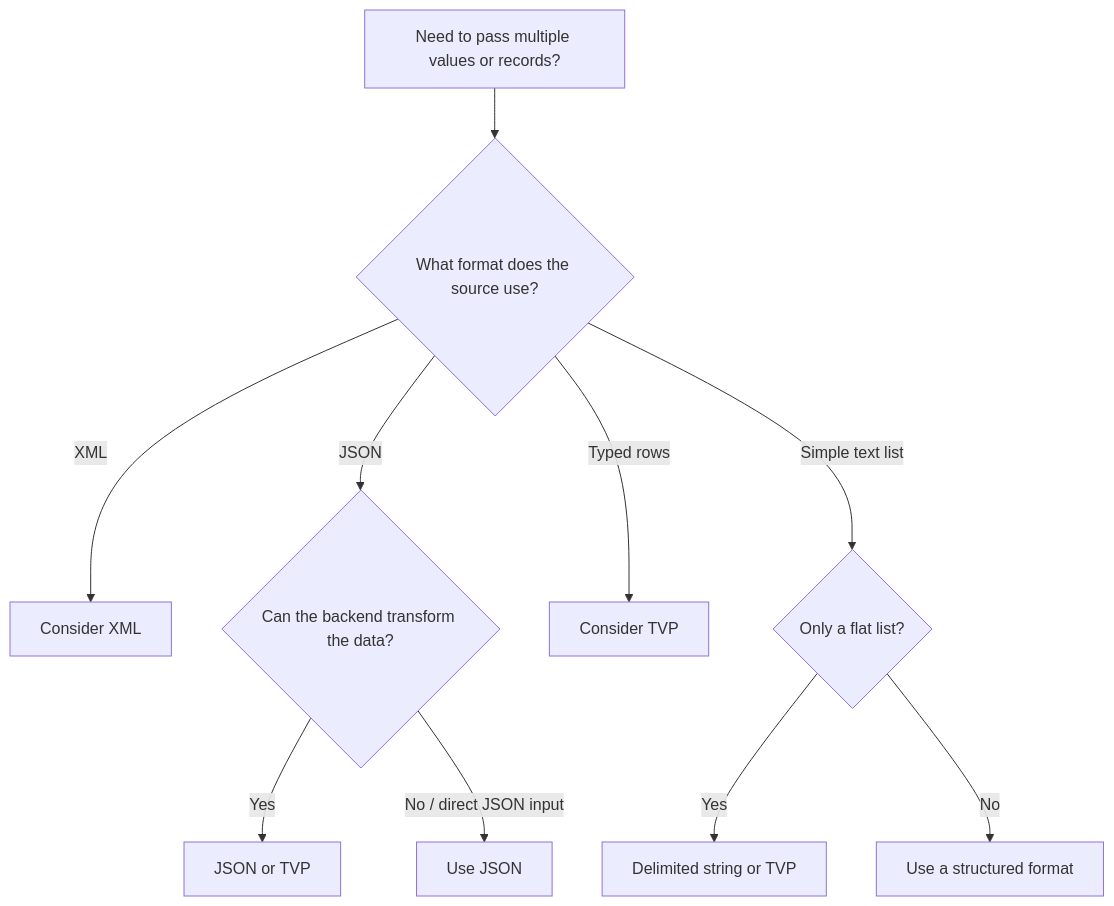
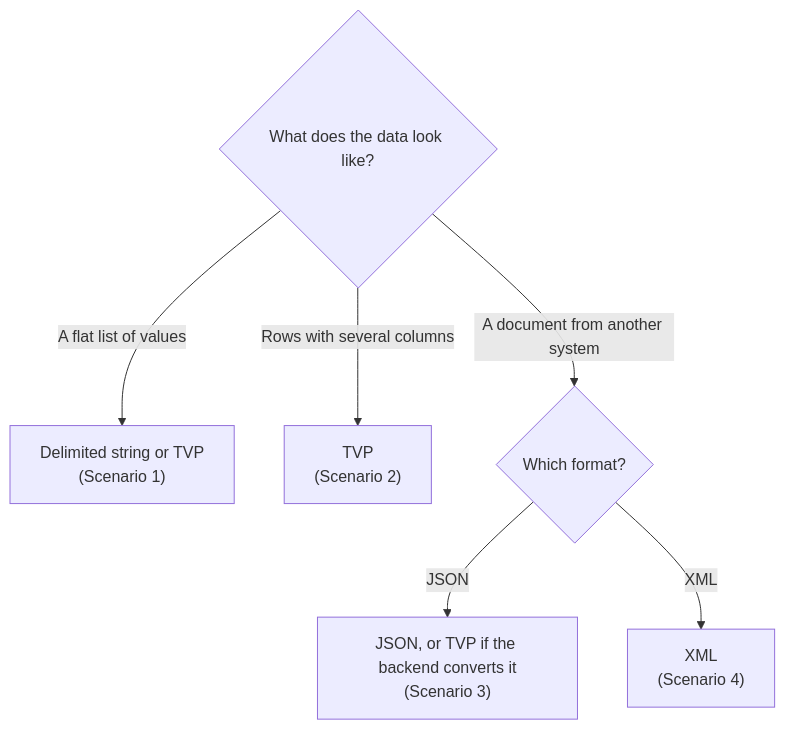
Before and after one commit to tjovic/database-design-labs-public: the fourth of 4 diagrams in labs/lab08-complex-parameters.md, drawn with Mermaid. The commit also changed other lines of this file, not shown here.

````diff
--- a/labs/lab08-complex-parameters.md
+++ b/labs/lab08-complex-parameters.md
@@ -2132,16 +2083,9 @@
 ```mermaid
 flowchart TD
-    A["Need to pass multiple values or records?"]
-    A --> B{"What format does the source use?"}
-
-    B -->|"XML"| C["Consider XML"]
-    B -->|"JSON"| D{"Can the backend transform the data?"}
-    B -->|"Typed rows"| E["Consider TVP"]
-    B -->|"Simple text list"| F{"Only a flat list?"}
-
-    D -->|"Yes"| G["JSON or TVP"]
-    D -->|"No / direct JSON input"| H["Use JSON"]
-
-    F -->|"Yes"| I["Delimited string or TVP"]
-    F -->|"No"| J["Use a structured format"]
+    A{"What does the data look like?"}
+    A -->|"A flat list of values"| B["Delimited string or TVP<br/>(Scenario 1)"]
+    A -->|"Rows with several columns"| C["TVP<br/>(Scenario 2)"]
+    A -->|"A document from another system"| D{"Which format?"}
+    D -->|"JSON"| E["JSON, or TVP if the backend converts it<br/>(Scenario 3)"]
+    D -->|"XML"| F["XML<br/>(Scenario 4)"]
 ```
````
